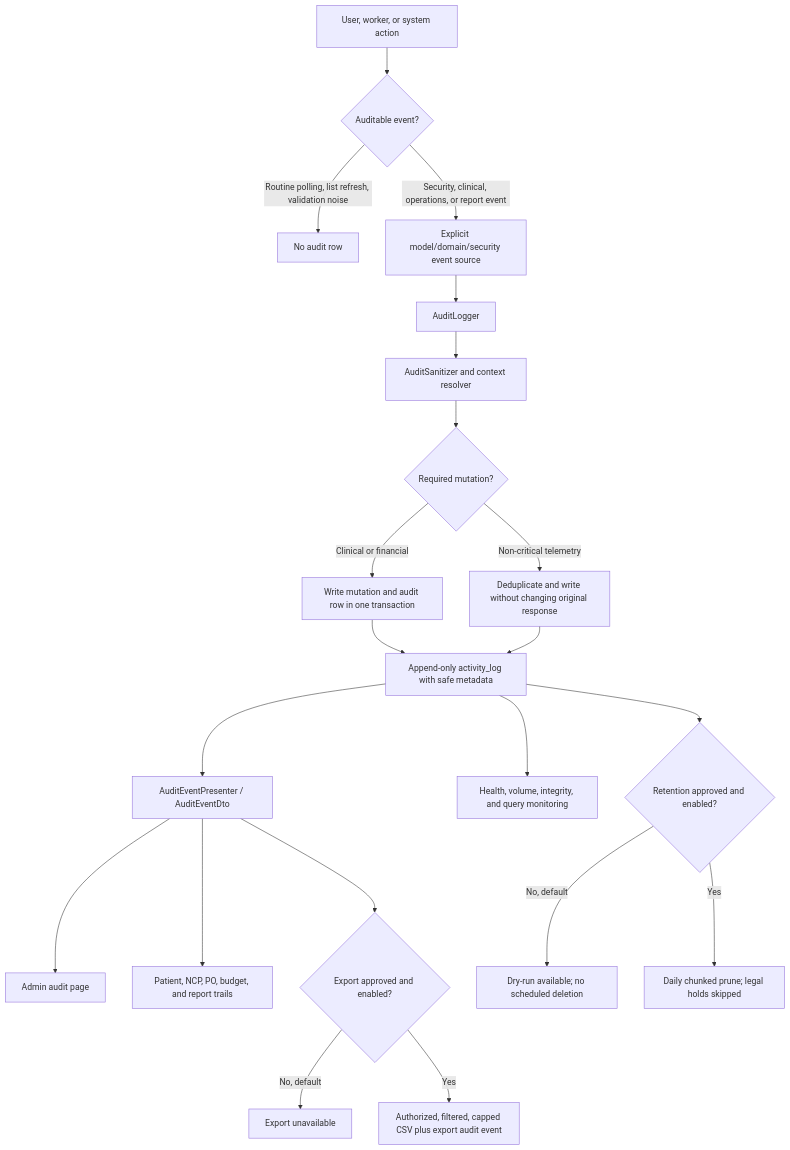
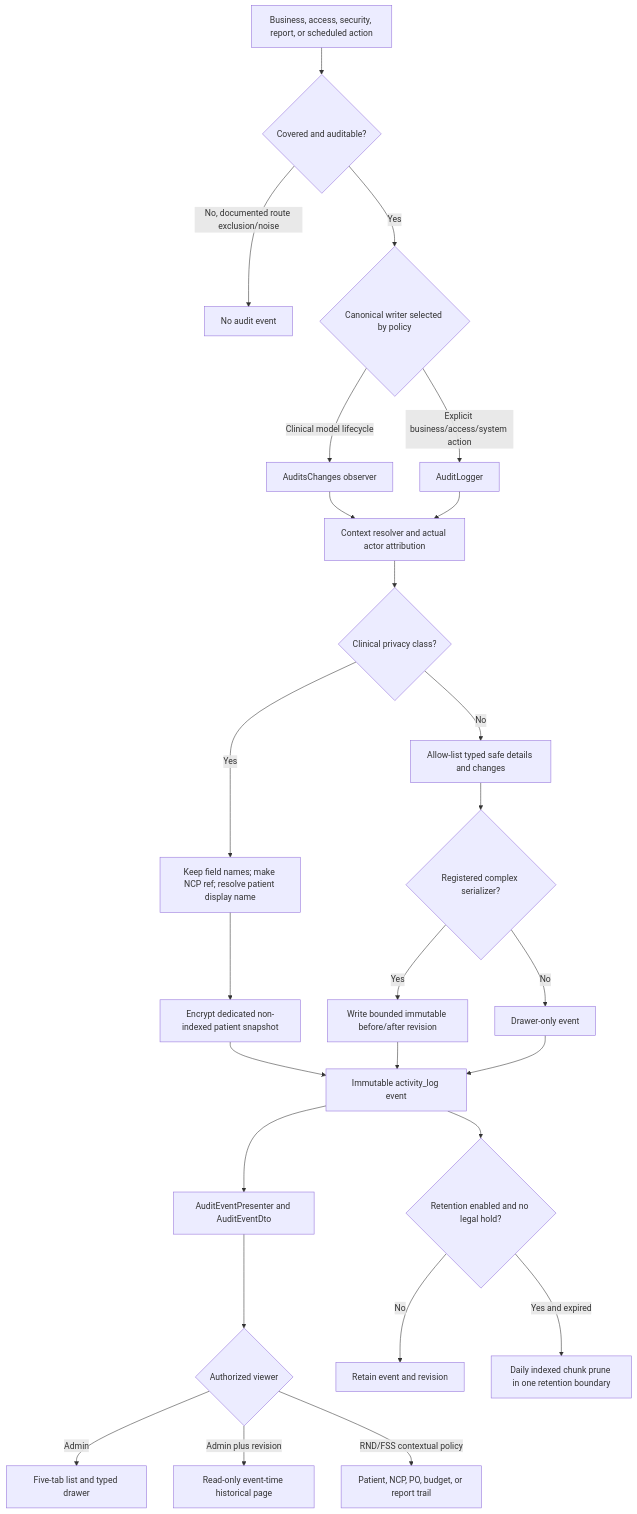
The diagram in docs/audit-logs-and-trails-implementation-report.md (ja2gc/Nutriscope), drawn with Mermaid before and after one commit. The commit also changed other lines of this file and 4 other files, not shown here.

Commit message:
docs: complete audit redesign report

````diff
--- a/docs/audit-logs-and-trails-implementation-report.md
+++ b/docs/audit-logs-and-trails-implementation-report.md
@@ -102,23 +93,28 @@
 ```mermaid
 flowchart TD
-    A["User, worker, or system action"] --> B{"Auditable event?"}
-    B -->|"Routine polling, list refresh, validation noise"| X["No audit row"]
-    B -->|"Security, clinical, operations, or report event"| C["Explicit model/domain/security event source"]
-    C --> D["AuditLogger"]
-    D --> E["AuditSanitizer and context resolver"]
-    E --> F{"Required mutation?"}
-    F -->|"Clinical or financial"| G["Write mutation and audit row in one transaction"]
-    F -->|"Non-critical telemetry"| H["Deduplicate and write without changing original response"]
-    G --> I["Append-only activity_log with safe metadata"]
-    H --> I
-    I --> J["AuditEventPresenter / AuditEventDto"]
-    J --> K["Admin audit page"]
-    J --> L["Patient, NCP, PO, budget, and report trails"]
-    J --> M{"Export approved and enabled?"}
-    M -->|"No, default"| N["Export unavailable"]
-    M -->|"Yes"| O["Authorized, filtered, capped CSV plus export audit event"]
-    I --> P["Health, volume, integrity, and query monitoring"]
-    I --> Q{"Retention approved and enabled?"}
-    Q -->|"No, default"| R["Dry-run available; no scheduled deletion"]
-    Q -->|"Yes"| S["Daily chunked prune; legal holds skipped"]
+    A["Business, access, security, report, or scheduled action"] --> B{"Covered and auditable?"}
+    B -->|"No, documented route exclusion/noise"| Z["No audit event"]
+    B -->|"Yes"| C{"Canonical writer selected by policy"}
+    C -->|"Clinical model lifecycle"| D["AuditsChanges observer"]
+    C -->|"Explicit business/access/system action"| E["AuditLogger"]
+    D --> F["Context resolver and actual actor attribution"]
+    E --> F
+    F --> G{"Clinical privacy class?"}
+    G -->|"Yes"| H["Keep field names; make NCP ref; resolve patient display name"]
+    H --> I["Encrypt dedicated non-indexed patient snapshot"]
+    G -->|"No"| J["Allow-list typed safe details and changes"]
+    J --> K{"Registered complex serializer?"}
+    K -->|"Yes"| L["Write bounded immutable before/after revision"]
+    K -->|"No"| M["Drawer-only event"]
+    I --> N["Immutable activity_log event"]
+    L --> N
+    M --> N
+    N --> O["AuditEventPresenter and AuditEventDto"]
+    O --> P{"Authorized viewer"}
+    P -->|"Admin"| Q["Five-tab list and typed drawer"]
+    P -->|"Admin plus revision"| R["Read-only event-time historical page"]
+    P -->|"RND/FSS contextual policy"| S["Patient, NCP, PO, budget, or report trail"]
+    N --> T{"Retention enabled and no legal hold?"}
+    T -->|"No"| U["Retain event and revision"]
+    T -->|"Yes and expired"| V["Daily indexed chunk prune in one retention boundary"]
 ```
````
